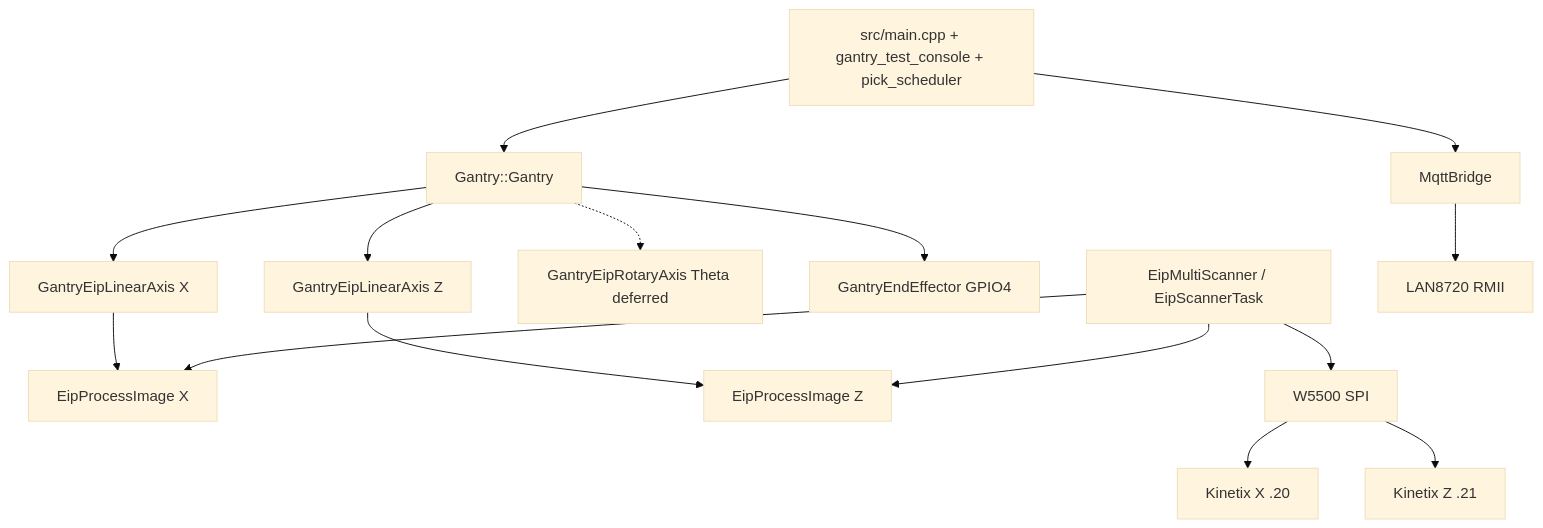
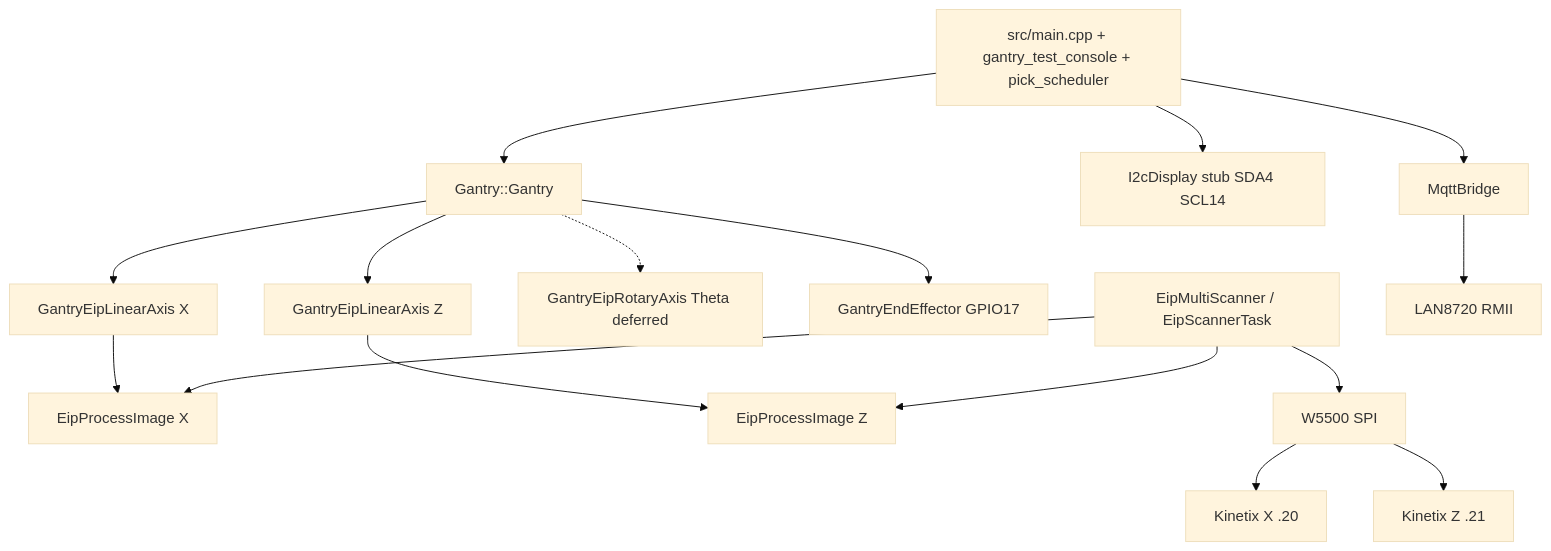
The first of 2 diagrams in docs/LOW_LEVEL_GANTRY_CONTROL.md (Mynderse-Research-Lab/wt32-eth01-FreeRTOS), drawn with Mermaid (base theme) before and after one commit. The commit also changed other lines of this file and 27 other files, not shown here.

````diff
--- a/docs/LOW_LEVEL_GANTRY_CONTROL.md
+++ b/docs/LOW_LEVEL_GANTRY_CONTROL.md
@@ -20,32 +20,34 @@
 ```mermaid
 flowchart TD
   App["src/main.cpp + gantry_test_console + pick_scheduler"]
   G["Gantry::Gantry"]
   X["GantryEipLinearAxis X"]
   Z["GantryEipLinearAxis Z"]
   T["GantryEipRotaryAxis Theta deferred"]
-  EE["GantryEndEffector GPIO4"]
+  EE["GantryEndEffector GPIO17"]
+  Disp["I2cDisplay stub SDA4 SCL14"]
   ImgX["EipProcessImage X"]
   ImgZ["EipProcessImage Z"]
   Scan["EipMultiScanner / EipScannerTask"]
   W["W5500 SPI"]
   DX["Kinetix X .20"]
   DZ["Kinetix Z .21"]
   Mqtt["MqttBridge"]
   Lan["LAN8720 RMII"]
 
   App --> G
   App --> Mqtt
+  App --> Disp
   G --> X
   G --> Z
   G -.-> T
   G --> EE
   X --> ImgX
   Z --> ImgZ
   Scan --> ImgX
   Scan --> ImgZ
   Scan --> W
   W --> DX
   W --> DZ
   Mqtt --> Lan
 ```
````
